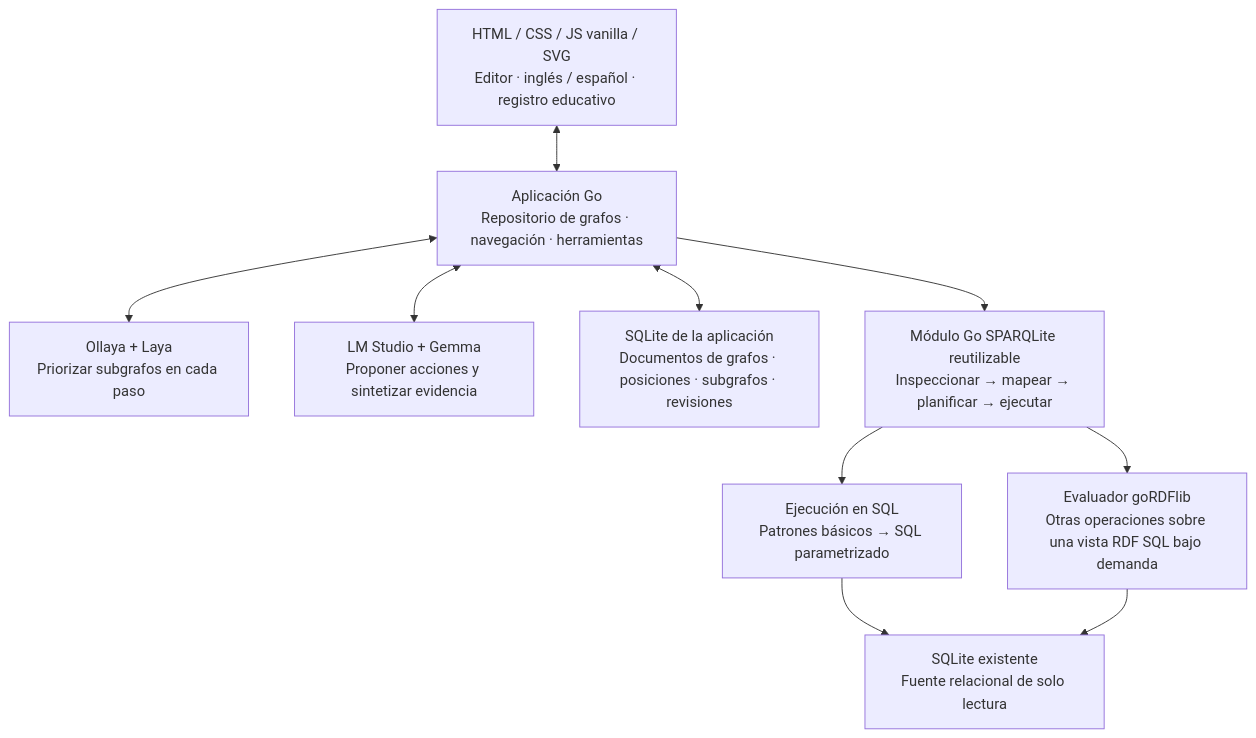
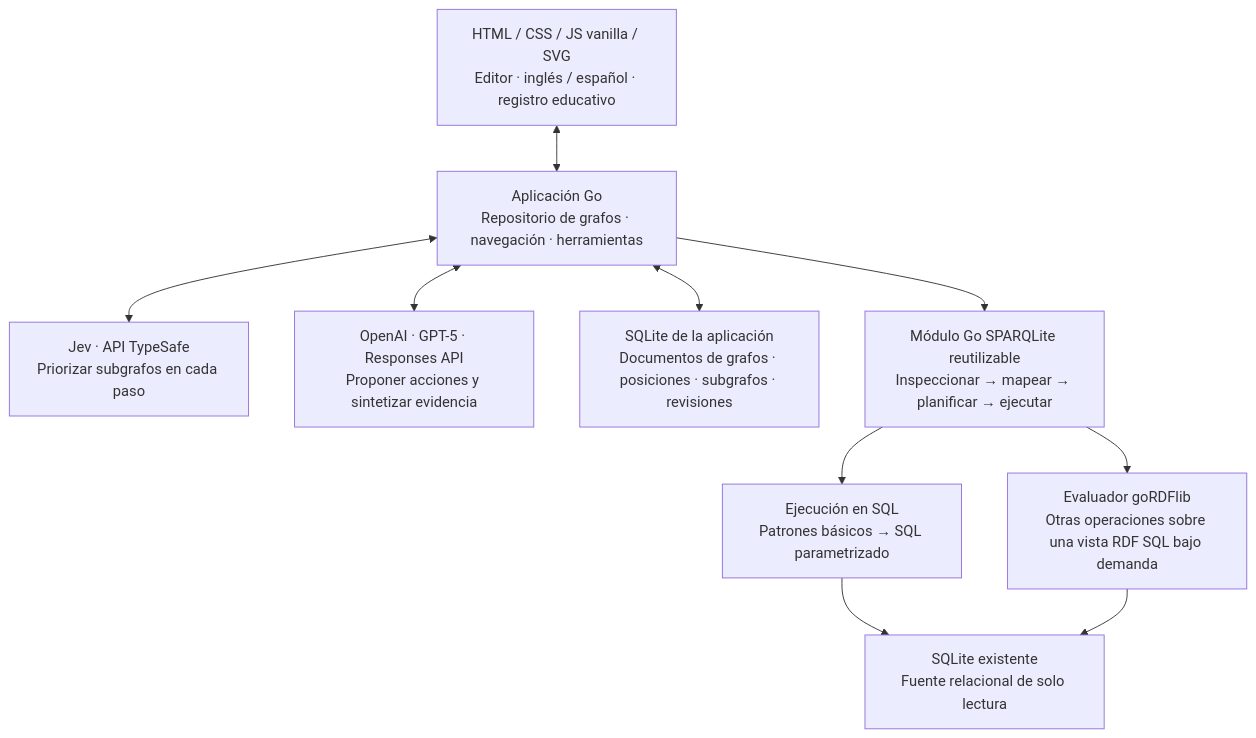
Before and after one commit to arturoeanton/go-r2-SPINACH: the diagram in README.es.md, drawn with Mermaid. The commit also changed other lines of this file and 38 other files, not shown here.

````diff
--- a/README.es.md
+++ b/README.es.md
@@ -195,19 +208,19 @@
 ```mermaid
 flowchart TD
   Browser["HTML / CSS / JS vanilla / SVG\nEditor · inglés / español · registro educativo"]
   Lab["Aplicación Go\nRepositorio de grafos · navegación · herramientas"]
-  Laya["Ollaya + Laya\nPriorizar subgrafos en cada paso"]
-  Gemma["LM Studio + Gemma\nProponer acciones y sintetizar evidencia"]
+  Jev["Jev · API TypeSafe\nPriorizar subgrafos en cada paso"]
+  OpenAI["OpenAI · GPT-5 · Responses API\nProponer acciones y sintetizar evidencia"]
   Repo["SQLite de la aplicación\nDocumentos de grafos · posiciones · subgrafos · revisiones"]
   Gateway["Módulo Go SPARQLite reutilizable\nInspeccionar → mapear → planificar → ejecutar"]
   Source["SQLite existente\nFuente relacional de solo lectura"]
   SQL["Ejecución en SQL\nPatrones básicos → SQL parametrizado"]
   Eval["Evaluador goRDFlib\nOtras operaciones sobre una vista RDF SQL bajo demanda"]
   Browser <--> Lab
-  Lab <--> Laya
-  Lab <--> Gemma
+  Lab <--> Jev
+  Lab <--> OpenAI
   Lab <--> Repo
   Lab --> Gateway
   Gateway --> SQL --> Source
   Gateway --> Eval --> Source
 ```
````
